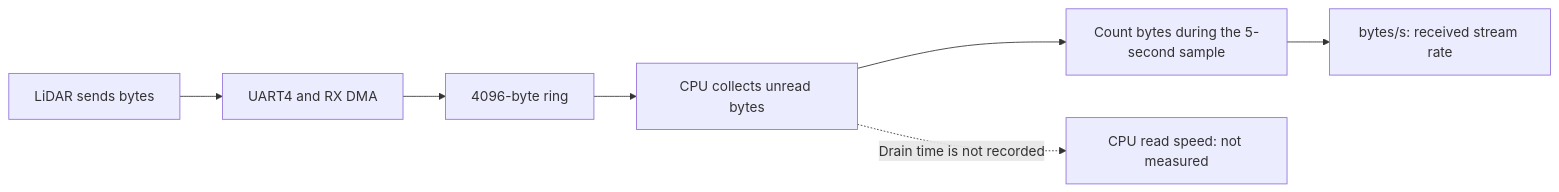
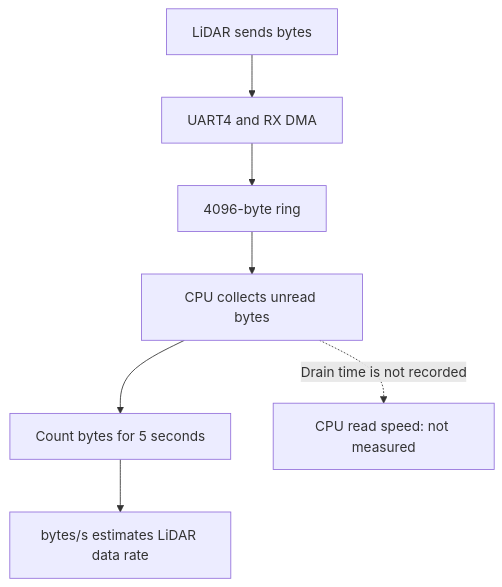
Before and after one commit to kei185/sensor-echo: the second of 3 diagrams in experiments/lidar_rate_probe/README.md, drawn with Mermaid.

Commit message:
[codex] Make byte-rate diagram readable vertically

````diff
--- a/experiments/lidar_rate_probe/README.md
+++ b/experiments/lidar_rate_probe/README.md
@@ -51,9 +51,9 @@
 ```mermaid
-flowchart LR
+flowchart TB
     LiDAR[LiDAR sends bytes] --> DMA[UART4 and RX DMA]
     DMA --> Ring[4096-byte ring]
     Ring --> CPU[CPU collects unread bytes]
-    CPU --> Count[Count bytes during the 5-second sample]
-    Count --> Rate[bytes/s: received stream rate]
+    CPU --> Count[Count bytes for 5 seconds]
+    Count --> Rate[bytes/s estimates LiDAR data rate]
     CPU -. Drain time is not recorded .-> Unknown[CPU read speed: not measured]
 ```
````
